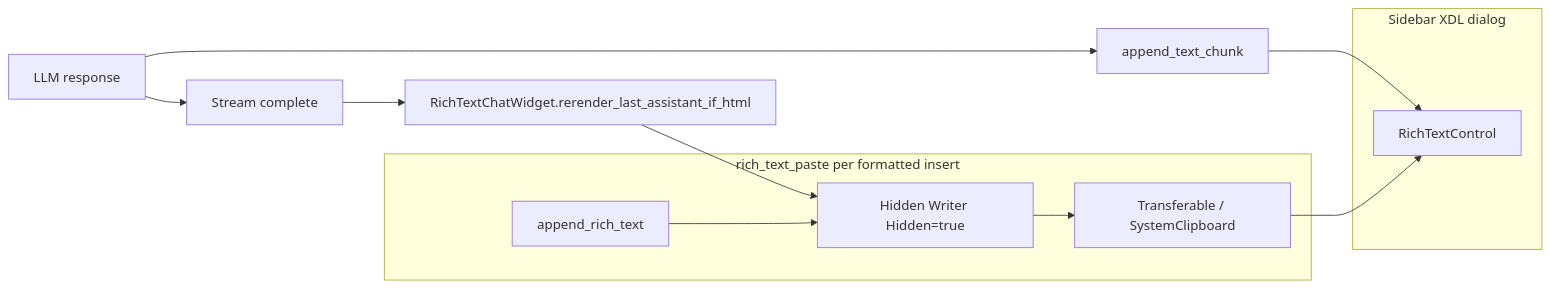
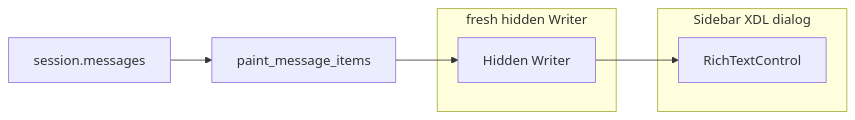
One commit to KeithCu/writeragent changed the second of 2 diagrams in docs/chat/rich-text-control-sidebar.md. Above: the diagram before and after it, drawn with Mermaid. The commit also changed other lines of this file and 86 other files, not shown here.

Commit message:
Chat UI: rich text, settings, slash popup, and web research

````diff
--- a/docs/chat/rich-text-control-sidebar.md
+++ b/docs/chat/rich-text-control-sidebar.md
@@ -120,18 +120,13 @@
 ```mermaid
 flowchart LR
     subgraph sidebar [Sidebar XDL dialog]
         RTC[RichTextControl]
     end
-    subgraph paste [rich_text_paste per formatted insert]
-        HW[Hidden Writer Hidden=true]
-        HTML[append_rich_text]
-        CB[Transferable / SystemClipboard]
+    MSG[session.messages]
+    MSG --> paint[paint_message_items]
+    subgraph paste [fresh hidden Writer]
+        HW[Hidden Writer]
     end
-    LLM[LLM response] --> stream[append_text_chunk]
-    stream --> RTC
-    LLM --> done[Stream complete]
-    done --> rerender[RichTextChatWidget.rerender_last_assistant_if_html]
-    rerender --> HW
-    HTML --> HW
-    HW --> CB --> RTC
+    paint --> HW
+    HW --> RTC
 ```
````
